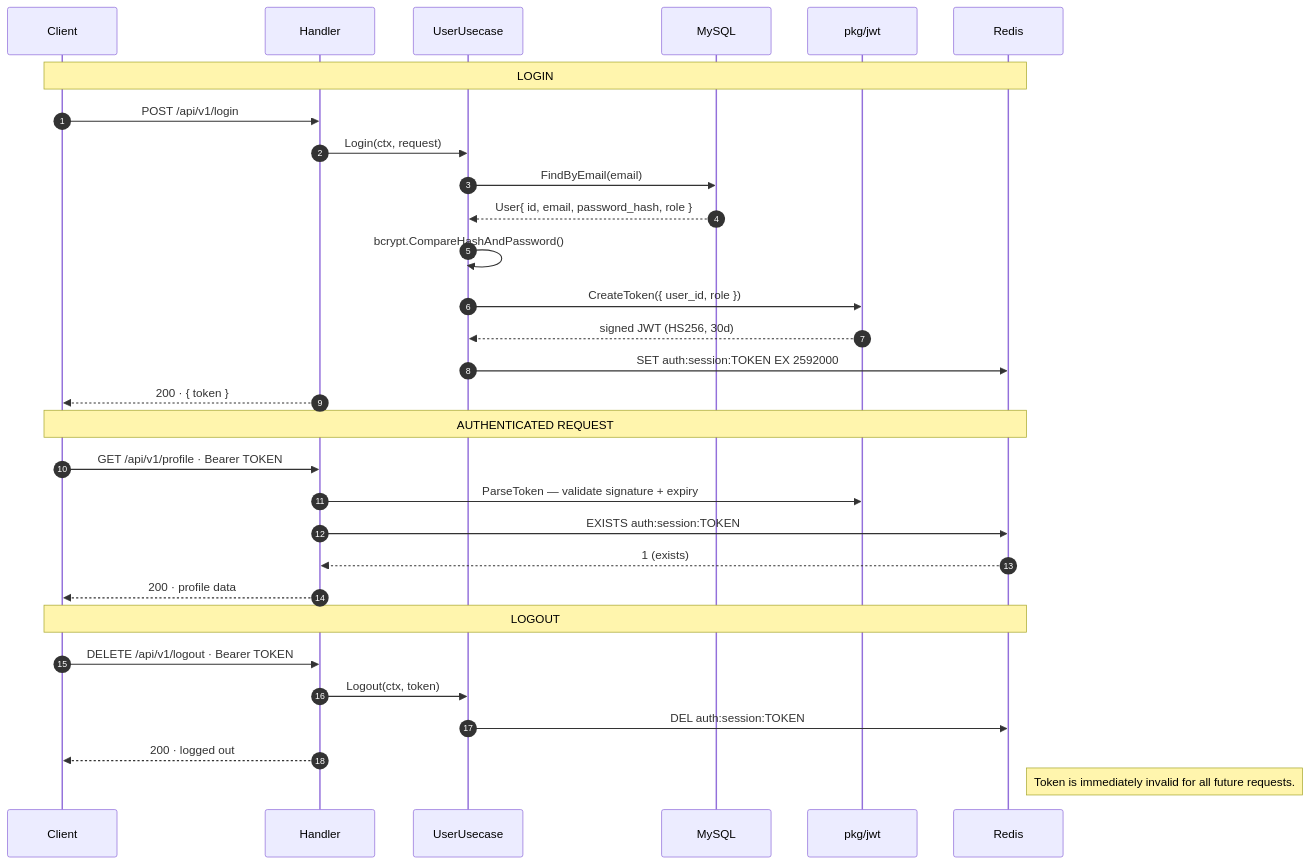
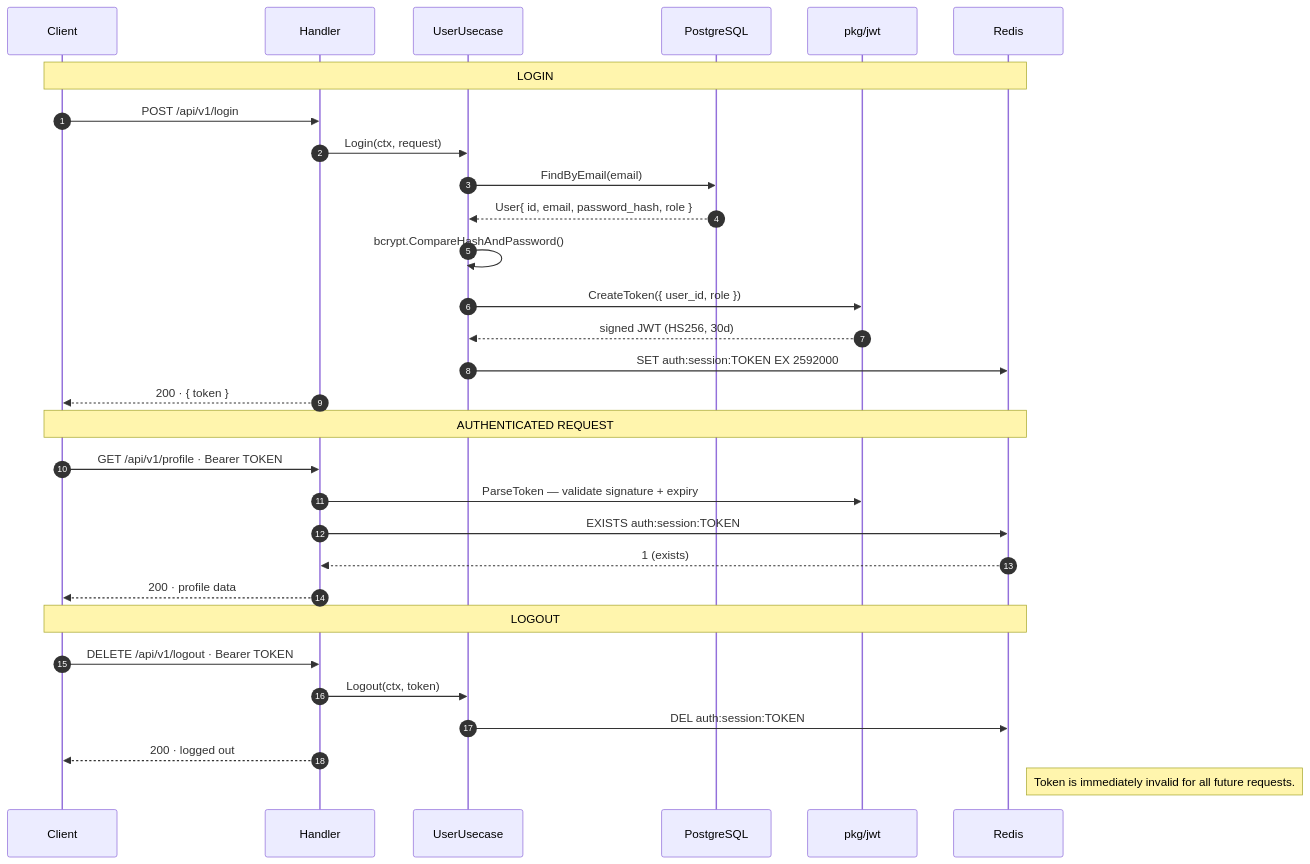
Before and after one commit to Mpayy/e-commerce: the first of 5 diagrams in README.md, drawn with Mermaid. The commit also changed other lines of this file, not shown here.

````diff
--- a/README.md
+++ b/README.md
@@ -131,35 +156,35 @@
 ```mermaid
 sequenceDiagram
     autonumber
     participant C as Client
     participant H as Handler
     participant U as UserUsecase
-    participant DB as MySQL
+    participant DB as PostgreSQL
     participant J as pkg/jwt
     participant R as Redis
 
     Note over C,R: LOGIN
     C->>H: POST /api/v1/login
     H->>U: Login(ctx, request)
     U->>DB: FindByEmail(email)
     DB-->>U: User{ id, email, password_hash, role }
     U->>U: bcrypt.CompareHashAndPassword()
     U->>J: CreateToken({ user_id, role })
     J-->>U: signed JWT (HS256, 30d)
     U->>R: SET auth:session:TOKEN EX 2592000
     H-->>C: 200 · { token }
 
     Note over C,R: AUTHENTICATED REQUEST
     C->>H: GET /api/v1/profile · Bearer TOKEN
     H->>J: ParseToken — validate signature + expiry
     H->>R: EXISTS auth:session:TOKEN
     R-->>H: 1 (exists)
     H-->>C: 200 · profile data
 
     Note over C,R: LOGOUT
     C->>H: DELETE /api/v1/logout · Bearer TOKEN
     H->>U: Logout(ctx, token)
     U->>R: DEL auth:session:TOKEN
     H-->>C: 200 · logged out
     Note right of R: Token is immediately invalid for all future requests.
 ```
````
